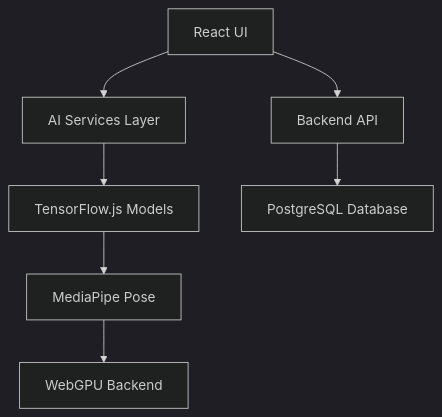
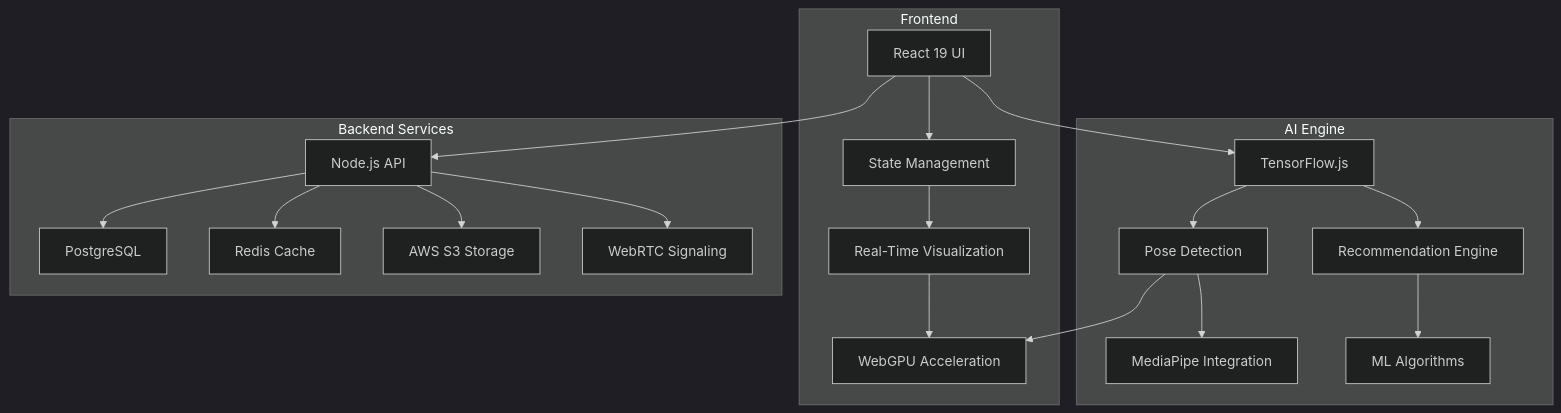
Before and after one commit to Sameer01-01/Fitverse_AI: the first of 2 diagrams in README.md, drawn with Mermaid (dark theme). The commit also changed other lines of this file, not shown here.

````diff
--- a/README.md
+++ b/README.md
@@ -33,9 +35,26 @@
 ```mermaid
-graph TD
-    A[React UI] --> B[AI Services Layer]
-    A --> C[Backend API]
-    B --> D[TensorFlow.js Models]
-    C --> E[PostgreSQL Database]
-    D --> F[MediaPipe Pose]
-    F --> G[WebGPU Backend]
+graph TB
+    subgraph Frontend
+        A[React 19 UI] --> B[State Management];
+        B --> C[Real-Time Visualization];
+        C --> D[WebGPU Acceleration];
+    end
+    
+    subgraph AI Engine
+        E[TensorFlow.js] --> F[Pose Detection];
+        E --> G[Recommendation Engine];
+        F --> H[MediaPipe Integration];
+        G --> I[ML Algorithms];
+    end
+    
+    subgraph Backend Services
+        J[Node.js API] --> K[PostgreSQL];
+        J --> L[Redis Cache];
+        J --> M[AWS S3 Storage];
+        J --> N[WebRTC Signaling];
+    end
+    
+    A --> E;
+    A --> J;
+    F --> D;
 ```
````
